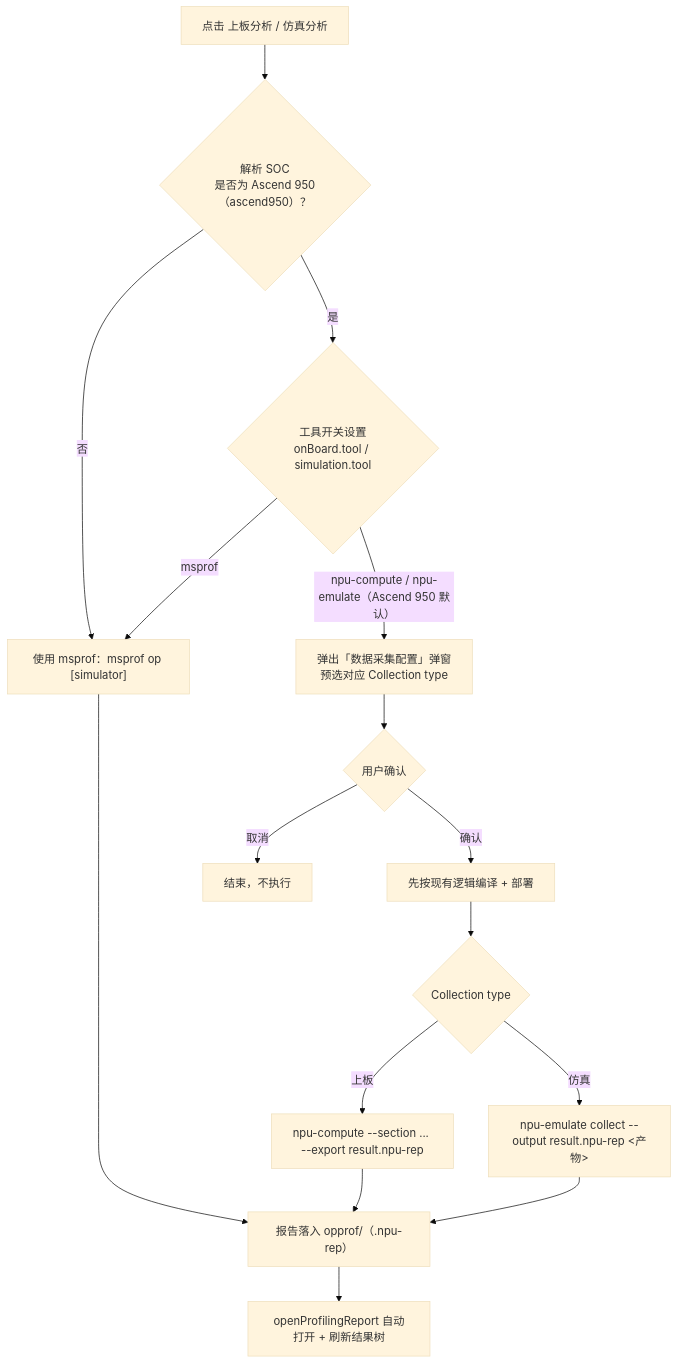
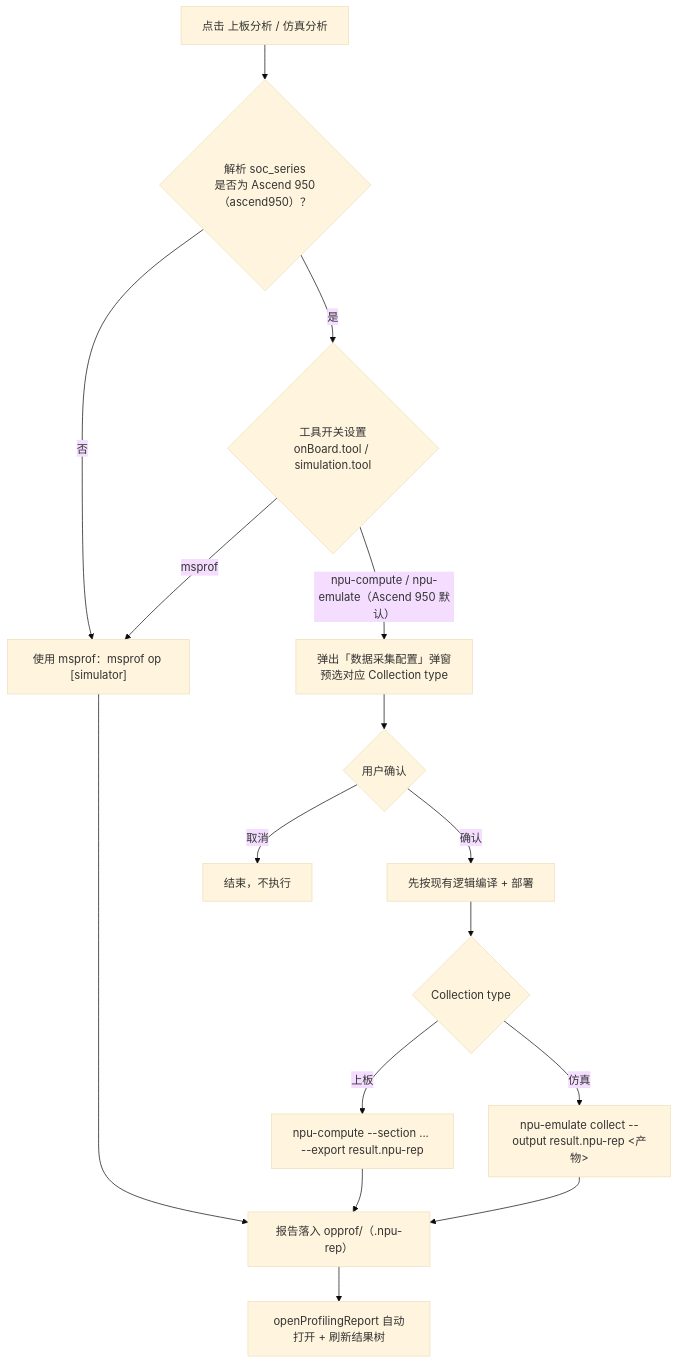
One commit to IdeFrontend/opdev_plugin changed the fourth of 4 diagrams in docs/onboard_simulation_interaction.md. Above: the diagram before and after it, drawn with Mermaid (base theme). The commit also changed other lines of this file and 14 other files, not shown here.

````diff
--- a/docs/onboard_simulation_interaction.md
+++ b/docs/onboard_simulation_interaction.md
@@ -191,18 +190,18 @@
 ```mermaid
 flowchart TD
-  Click["点击 上板分析 / 仿真分析"] --> IsA5{"解析 SOC<br/>是否为 Ascend 950（ascend950）？"}
+  Click["点击 上板分析 / 仿真分析"] --> IsA5{"解析 soc_series<br/>是否为 Ascend 950（ascend950）？"}
   IsA5 -->|否| Old["使用 msprof：msprof op [simulator]"]
   IsA5 -->|是| ToolCfg{"工具开关设置<br/>onBoard.tool / simulation.tool"}
   ToolCfg -->|msprof| Old
   ToolCfg -->|npu-compute / npu-emulate（Ascend 950 默认）| Dialog["弹出「数据采集配置」弹窗<br/>预选对应 Collection type"]
   Dialog --> Confirm{"用户确认"}
   Confirm -->|取消| Stop["结束，不执行"]
   Confirm -->|确认| Compile["先按现有逻辑编译 + 部署"]
   Compile --> NewTool{"Collection type"}
   NewTool -->|上板| NC["npu-compute --section ... --export result.npu-rep"]
   NewTool -->|仿真| NS["npu-emulate collect --output result.npu-rep <产物>"]
   NC --> Report["报告落入 opprof/<runId>（.npu-rep）"]
   NS --> Report
   Old --> Report
   Report --> AutoOpen["openProfilingReport 自动打开 + 刷新结果树"]
 ```
````
